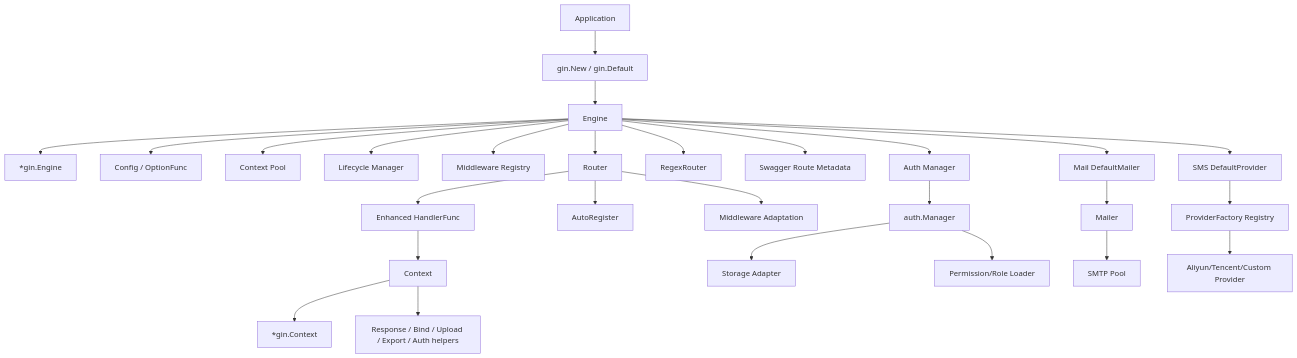
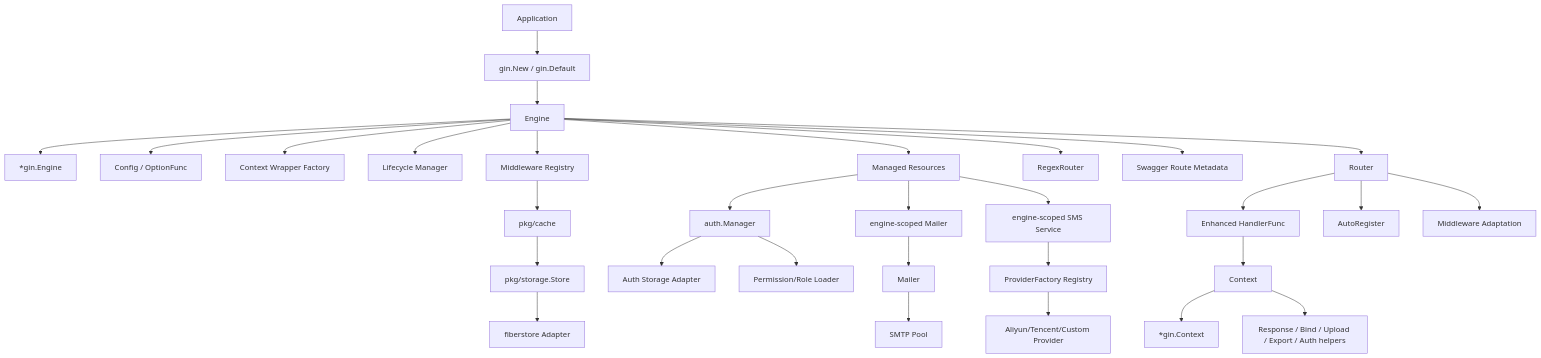
One commit to DarkiT/gin changed the first of 6 diagrams in DESIGN.md. Above: the diagram before and after it, drawn with Mermaid. The commit also changed other lines of this file and 27 other files, not shown here.

````diff
--- a/DESIGN.md
+++ b/DESIGN.md
@@ -60,34 +60,38 @@
 ```mermaid
 flowchart TD
     A[Application] --> B[gin.New / gin.Default]
     B --> C[Engine]
     C --> C1[*gin.Engine]
     C --> C2[Config / OptionFunc]
-    C --> C3[Context Pool]
+    C --> C3[Context Wrapper Factory]
     C --> C4[Lifecycle Manager]
     C --> C5[Middleware Registry]
-    C --> C6[Auth Manager]
+    C --> C6[Managed Resources]
     C --> C7[RegexRouter]
     C --> C8[Swagger Route Metadata]
 
     C --> D[Router]
     D --> D1[Enhanced HandlerFunc]
     D --> D2[AutoRegister]
     D --> D3[Middleware Adaptation]
 
     D1 --> E[Context]
     E --> E1[*gin.Context]
     E --> E2[Response / Bind / Upload / Export / Auth helpers]
 
     C6 --> F[auth.Manager]
-    F --> F1[Storage Adapter]
+    F --> F1[Auth Storage Adapter]
     F --> F2[Permission/Role Loader]
 
-    C --> G[Mail DefaultMailer]
+    C5 --> I[pkg/cache]
+    I --> I1[pkg/storage.Store]
+    I1 --> I2[fiberstore Adapter]
+
+    C6 --> G[engine-scoped Mailer]
     G --> G1[Mailer]
     G1 --> G2[SMTP Pool]
 
-    C --> H[SMS DefaultProvider]
+    C6 --> H[engine-scoped SMS Service]
     H --> H1[ProviderFactory Registry]
     H1 --> H2[Aliyun/Tencent/Custom Provider]
 ```
````
